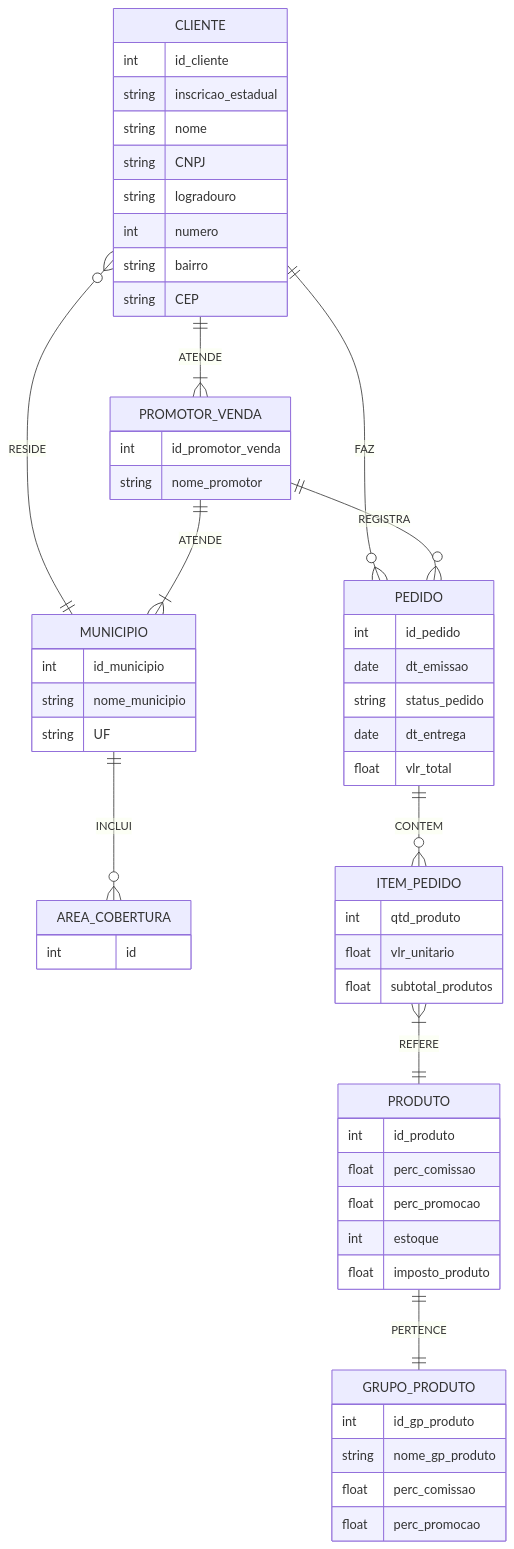
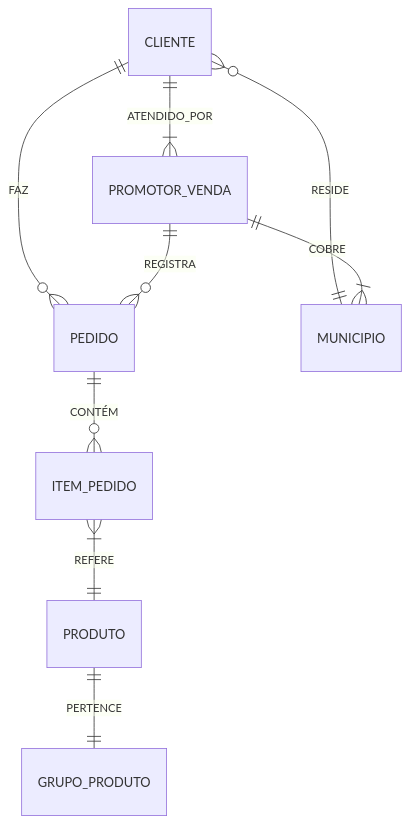
The diagram in README.md (Fernandespilot/sis_vendas), drawn with Mermaid before and after one commit.

Commit message:
resume diagram er mermaid

````diff
--- a/README.md
+++ b/README.md
@@ -52,68 +52,11 @@
 ```mermaid
 erDiagram
     CLIENTE ||--o{ PEDIDO : FAZ
     CLIENTE }o--|| MUNICIPIO : RESIDE
-    CLIENTE ||--|{ PROMOTOR_VENDA : ATENDE
-    PROMOTOR_VENDA ||--|{ MUNICIPIO : ATENDE
+    CLIENTE ||--|{ PROMOTOR_VENDA : ATENDIDO_POR
+    PROMOTOR_VENDA ||--|{ MUNICIPIO : COBRE
     PROMOTOR_VENDA ||--o{ PEDIDO : REGISTRA
-    MUNICIPIO ||--o{ AREA_COBERTURA : INCLUI
-
-    PEDIDO ||--o{ ITEM_PEDIDO : CONTEM
+    PEDIDO ||--o{ ITEM_PEDIDO : CONTÉM
     ITEM_PEDIDO }|--|| PRODUTO : REFERE
     PRODUTO ||--|| GRUPO_PRODUTO : PERTENCE
-
-    CLIENTE {
-        int id_cliente
-        string inscricao_estadual
-        string nome
-        string CNPJ
-        string logradouro
-        int numero
-        string bairro
-        string CEP
-    }
-
-    MUNICIPIO {
-        int id_municipio
-        string nome_municipio
-        string UF
-    }
-
-    PROMOTOR_VENDA {
-        int id_promotor_venda
-        string nome_promotor
-    }
-
-    PEDIDO {
-        int id_pedido
-        date dt_emissao
-        string status_pedido
-        date dt_entrega
-        float vlr_total
-    }
-
-    ITEM_PEDIDO {
-        int qtd_produto
-        float vlr_unitario
-        float subtotal_produtos
-    }
-
-    PRODUTO {
-        int id_produto
-        float perc_comissao
-        float perc_promocao
-        int estoque
-        float imposto_produto
-    }
-
-    GRUPO_PRODUTO {
-        int id_gp_produto
-        string nome_gp_produto
-        float perc_comissao
-        float perc_promocao
-    }
-
-    AREA_COBERTURA {
-        int id
-    }
 ```
````
